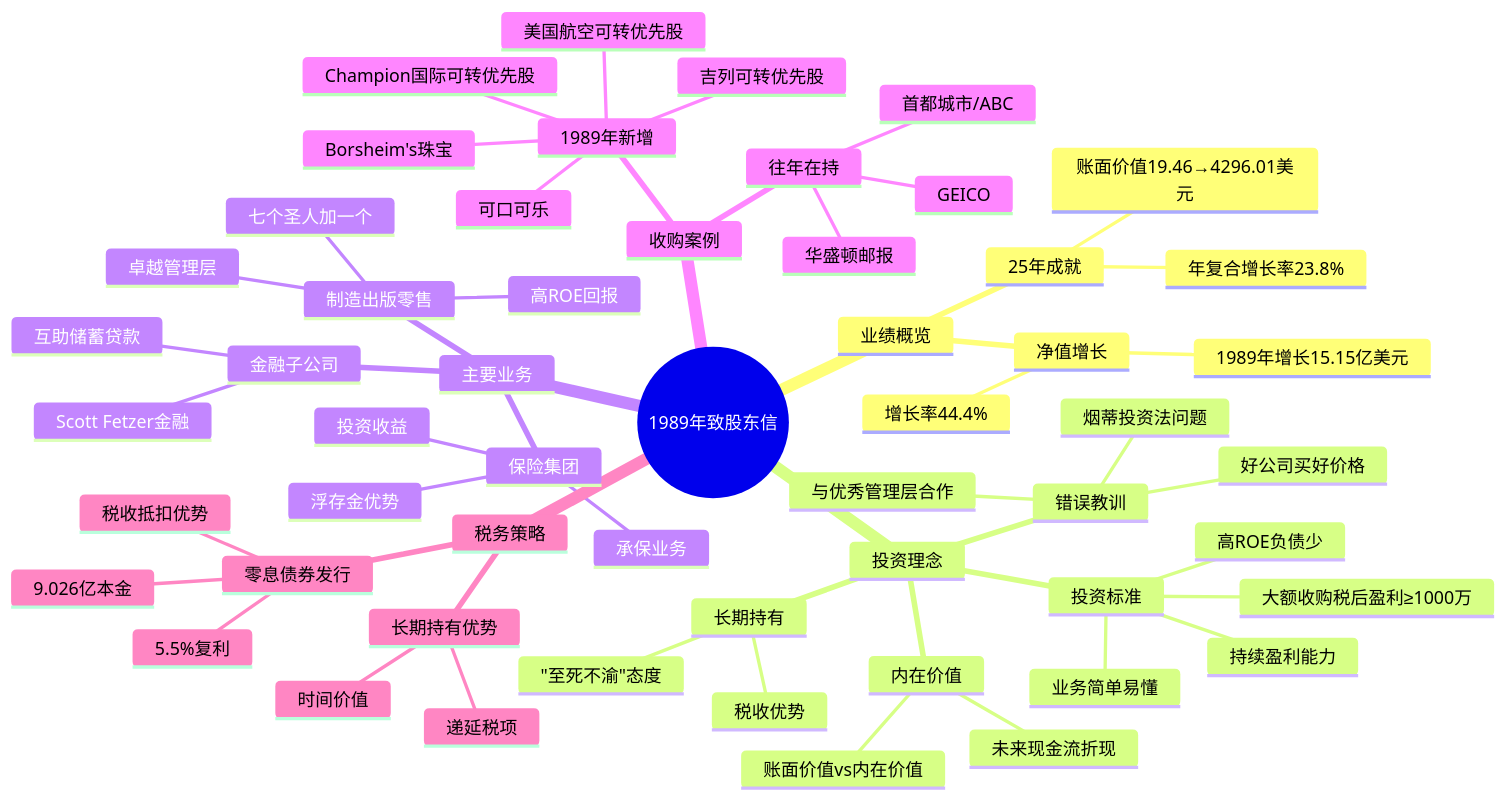
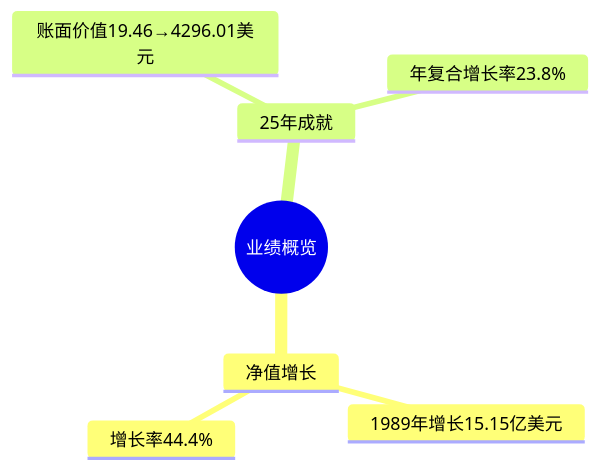
One commit to carllhm/buffett-knowledge-base changed the second of 6 diagrams in docs/01_letters/1989年/思维导图.md. Above: the diagram before and after it, drawn with Mermaid. The commit also changed other lines of this file and 719 other files, not shown here.

Commit message:
思维导图重构：两级结构，总览+折叠子导图

````diff
--- a/docs/01_letters/1989年/思维导图.md
+++ b/docs/01_letters/1989年/思维导图.md
@@ -5,58 +58,10 @@
 ```mermaid
 mindmap
-  root((1989年致股东信))
-    业绩概览
-      净值增长
-        1989年增长15.15亿美元
-        增长率44.4%
-      25年成就
-        账面价值19.46→4296.01美元
-        年复合增长率23.8%
-    投资理念
-      内在价值
-        未来现金流折现
-        账面价值vs内在价值
-      长期持有
-        税收优势
-        "至死不渝"态度
-      投资标准
-        大额收购税后盈利≥1000万
-        持续盈利能力
-        高ROE负债少
-        业务简单易懂
-      错误教训
-        烟蒂投资法问题
-        好公司买好价格
-        与优秀管理层合作
-    主要业务
-      保险集团
-        承保业务
-        投资收益
-        浮存金优势
-      制造出版零售
-        七个圣人加一个
-        高ROE回报
-        卓越管理层
-      金融子公司
-        Scott Fetzer金融
-        互助储蓄贷款
-    收购案例
-      1989年新增
-        Borsheim's珠宝
-        可口可乐
-        吉列可转优先股
-        美国航空可转优先股
-        Champion国际可转优先股
-      往年在持
-        GEICO
-        首都城市/ABC
-        华盛顿邮报
-    税务策略
-      长期持有优势
-        递延税项
-        时间价值
-      零息债券发行
-        9.026亿本金
-        5.5%复利
-        税收抵扣优势
+  root((业绩概览))
+    净值增长
+      1989年增长15.15亿美元
+      增长率44.4%
+    25年成就
+      账面价值19.46→4296.01美元
+      年复合增长率23.8%
 ```
````
